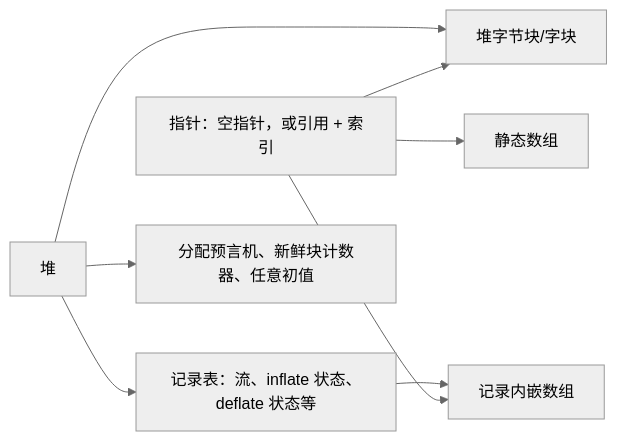
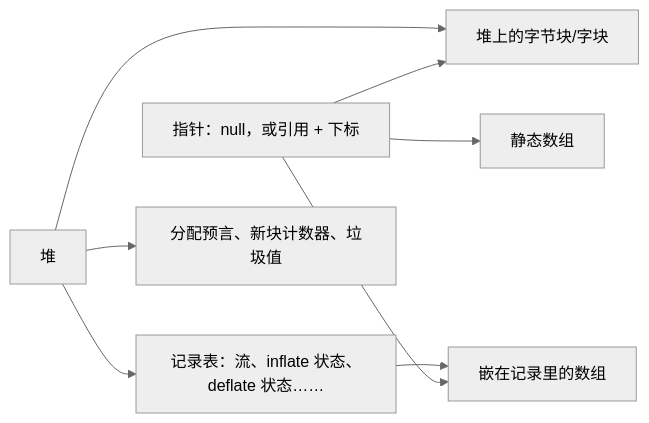
Before and after one commit to cla7aye15I4nd/oss-proof: the second of 2 diagrams in docs/design/architecture.zh.md, drawn with Mermaid (neutral theme). The commit also changed other lines of this file and 3 other files, not shown here.

First line of the commit message:
Docs: architecture and translation show the model definitions and worked examples

````diff
--- a/docs/design/architecture.zh.md
+++ b/docs/design/architecture.zh.md
@@ -60,10 +158,10 @@
 ```mermaid
 flowchart LR
-    P["指针：空指针，或引用 + 索引"] --> B["堆字节块/字块"]
-    P --> E["记录内嵌数组"]
+    P["指针：null，或引用 + 下标"] --> B["堆上的字节块/字块"]
+    P --> E["嵌在记录里的数组"]
     P --> S["静态数组"]
     H["堆"] --> B
-    H --> K["记录表：流、inflate 状态、deflate 状态等"]
+    H --> K["记录表：流、inflate 状态、deflate 状态……"]
     K --> E
-    H --> O["分配预言机、新鲜块计数器、任意初值"]
+    H --> O["分配预言、新块计数器、垃圾值"]
 ```
````
